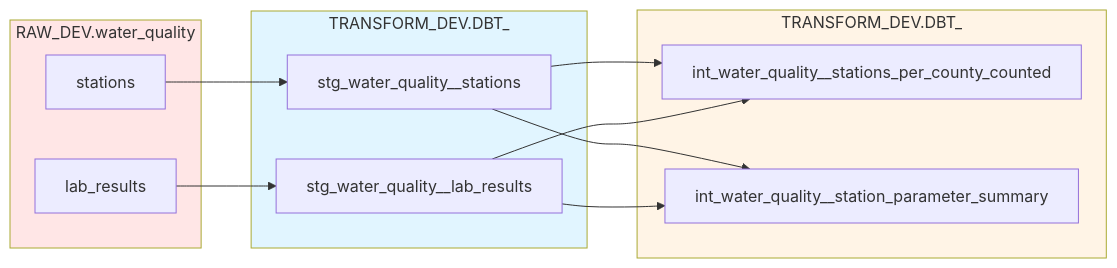
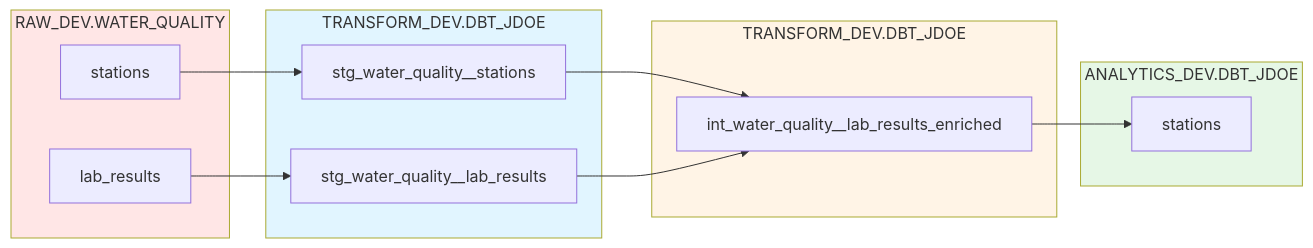
Before and after one commit to cagov/caldata-mdsa-training: the diagram in docs/learning-path.md, drawn with Mermaid. The commit also changed other lines of this file and 7 other files, not shown here.

````diff
--- a/docs/learning-path.md
+++ b/docs/learning-path.md
@@ -195,30 +208,33 @@
 ```mermaid
 flowchart LR
-    subgraph Raw["RAW_DEV.water_quality"]
+    subgraph Raw["RAW_DEV.WATER_QUALITY"]
         R1[stations]
         R2[lab_results]
     end
 
-    subgraph Staging["TRANSFORM_DEV.DBT_<initials>"]
+    subgraph Staging["TRANSFORM_DEV.DBT_JDOE"]
         S1[stg_water_quality__stations]
         S2[stg_water_quality__lab_results]
     end
 
-    subgraph Intermediate["TRANSFORM_DEV.DBT_<initials>"]
-        I1[int_water_quality__stations_per_county_counted]
-        I2[int_water_quality__station_parameter_summary]
+    subgraph Intermediate["TRANSFORM_DEV.DBT_JDOE"]
+        I1[int_water_quality__lab_results_enriched]
+    end
+
+    subgraph Marts["ANALYTICS_DEV.DBT_JDOE"]
+        M1[stations]
     end
 
     R1 --> S1
     R2 --> S2
 
     S1 --> I1
     S2 --> I1
 
-    S1 --> I2
-    S2 --> I2
+    I1 --> M1
 
     style Raw fill:#ffe6e6
     style Staging fill:#e1f5ff
     style Intermediate fill:#fff4e6
+    style Marts fill:#e6f7e6
 ```
````
